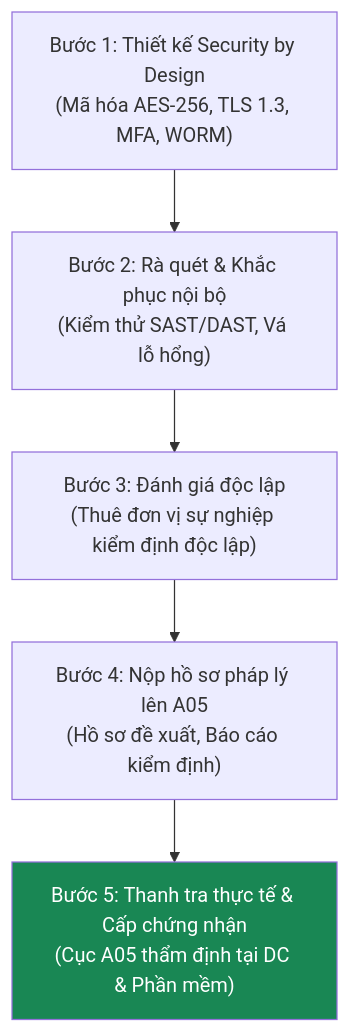
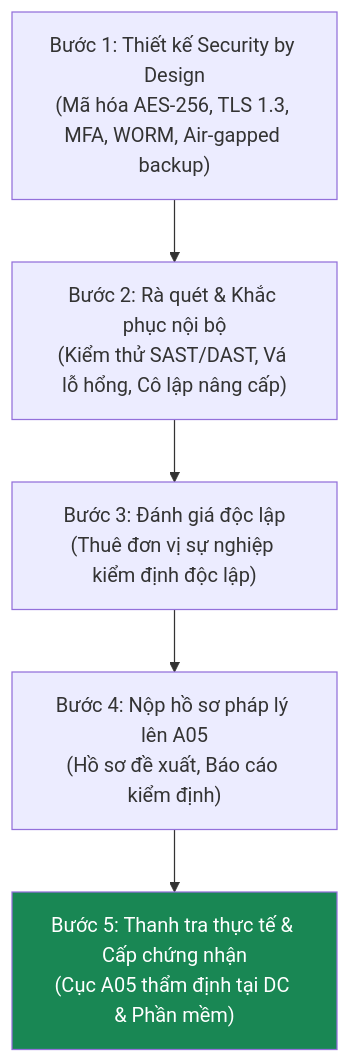
The seventh of 8 diagrams in Docs/bao_cao_nghien_cuu_kha_thi_cde_cic.md (appdev-cmd/cic-cde), drawn with Mermaid before and after one commit. The commit also changed other lines of this file and 63 other files, not shown here.

````diff
--- a/Docs/bao_cao_nghien_cuu_kha_thi_cde_cic.md
+++ b/Docs/bao_cao_nghien_cuu_kha_thi_cde_cic.md
@@ -807,8 +860,8 @@
 ```mermaid
 graph TD
-    Step1["Bước 1: Thiết kế Security by Design<br/>(Mã hóa AES-256, TLS 1.3, MFA, WORM)"] --> Step2["Bước 2: Rà quét & Khắc phục nội bộ<br/>(Kiểm thử SAST/DAST, Vá lỗ hổng)"]
+    Step1["Bước 1: Thiết kế Security by Design<br/>(Mã hóa AES-256, TLS 1.3, MFA, WORM, Air-gapped backup)"] --> Step2["Bước 2: Rà quét & Khắc phục nội bộ<br/>(Kiểm thử SAST/DAST, Vá lỗ hổng, Cô lập nâng cấp)"]
     Step2 --> Step3["Bước 3: Đánh giá độc lập<br/>(Thuê đơn vị sự nghiệp kiểm định độc lập)"]
     Step3 --> Step4["Bước 4: Nộp hồ sơ pháp lý lên A05<br/>(Hồ sơ đề xuất, Báo cáo kiểm định)"]
     Step4 --> Step5["Bước 5: Thanh tra thực tế & Cấp chứng nhận<br/>(Cục A05 thẩm định tại DC & Phần mềm)"]
     style Step5 fill:#198754,color:#fff
 ```
````
